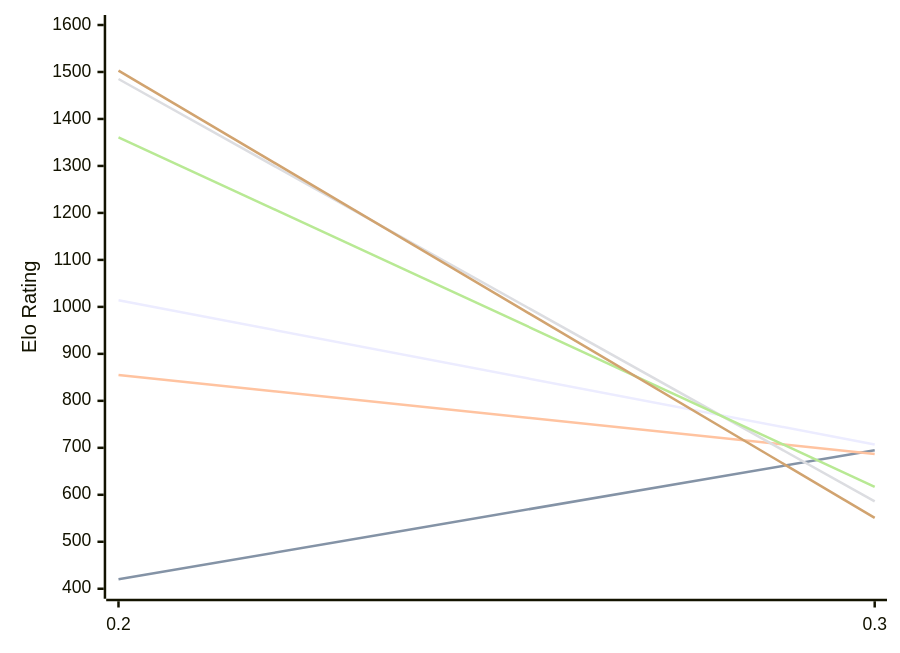
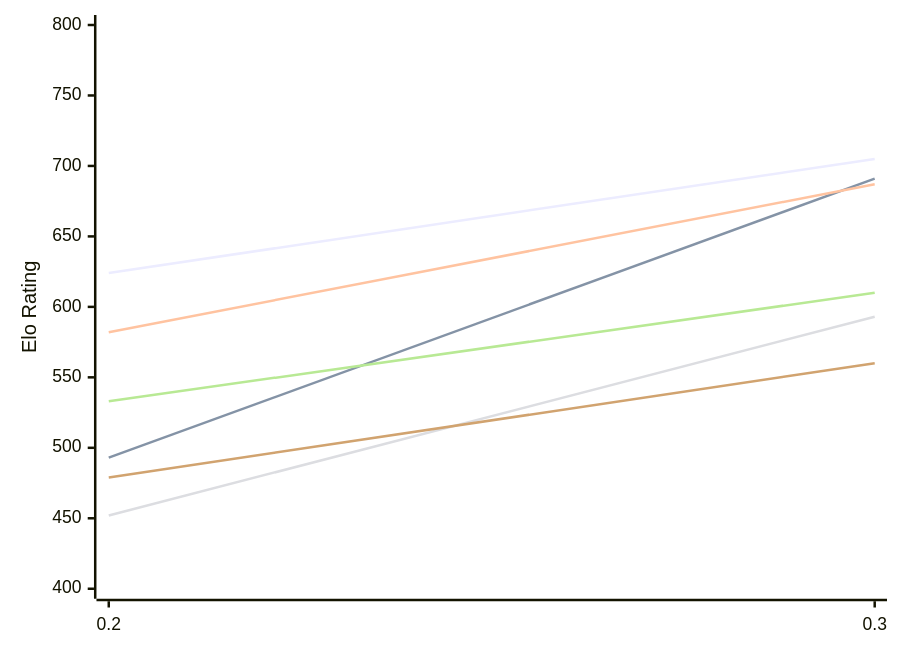
One commit to computer-chess-index/cci changed the first of 2 diagrams in engines/Magpie.md. Above: the diagram before and after it, drawn with Mermaid. The commit also changed other lines of this file, not shown here.

Commit message:
Update CCI Ratings (ELO VLTC) - 2026-11-13

````diff
--- a/engines/Magpie.md
+++ b/engines/Magpie.md
@@ -50,12 +50,12 @@
 ```mermaid
 %%{init: {"theme":"base","themeVariables":{"seriesColors:['#a3a3a3','#222221','#faa371']}}}%%
 xychart-beta
   x-axis ["0.2", "0.3"]
-  y-axis "Elo Rating" 400 --> 1600
-  line "E1: STC (8.0+0.08s)" [1014, 707]
-  line "E1: LTC (60.0+0.60s)" [420, 695]
-  line "E1: VLTC (2m24s+1.12s)" [855, 687]
-  line "P1: STC (8.0+0.08s)" [1485, 586]
-  line "P1: LTC (60.0+0.60s)" [1361, 617]
-  line "P1: VLTC (2m24s+1.12s)" [1503, 551]
+  y-axis "Elo Rating" 400 --> 800
+  line "E1: STC (8.0+0.08s)" [624, 705]
+  line "E1: LTC (60.0+0.60s)" [493, 691]
+  line "E1: VLTC (2m24s+1.12s)" [582, 687]
+  line "P1: STC (8.0+0.08s)" [452, 593]
+  line "P1: LTC (60.0+0.60s)" [533, 610]
+  line "P1: VLTC (2m24s+1.12s)" [479, 560]
 ```
````
